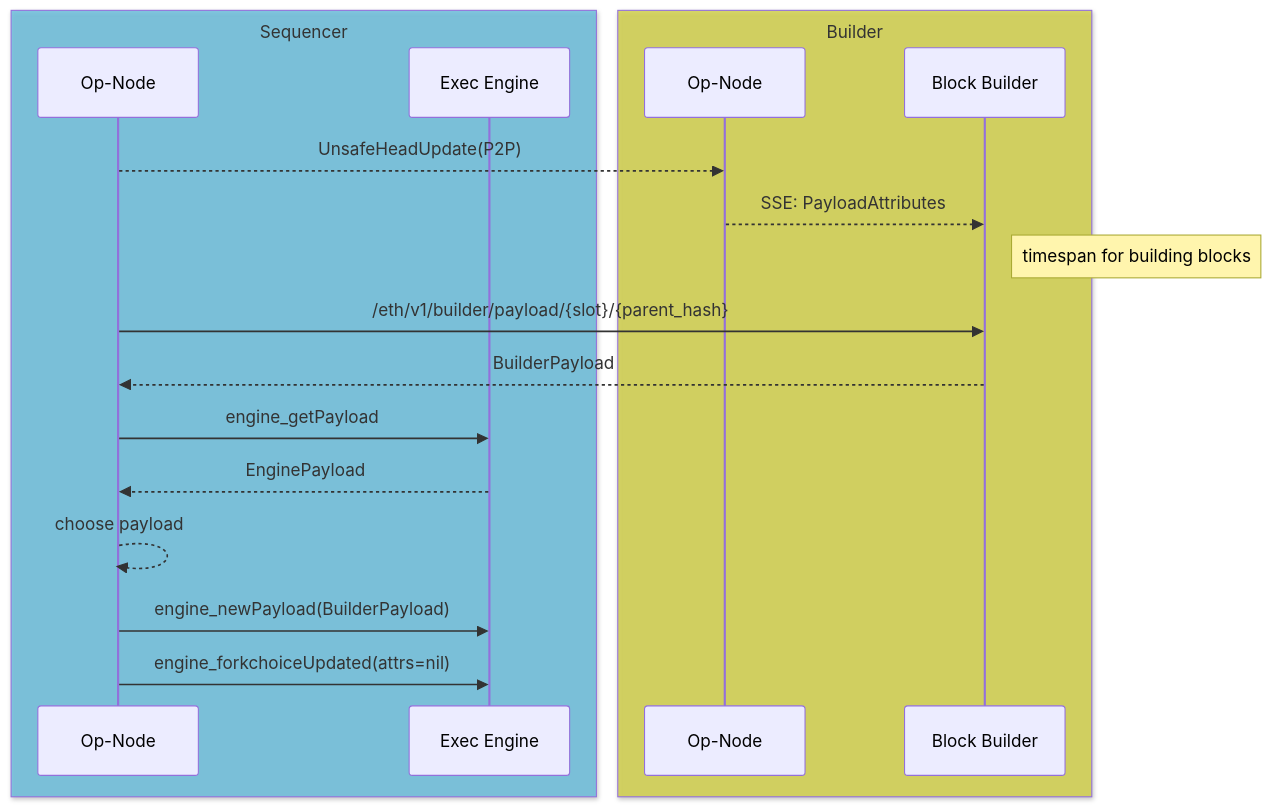
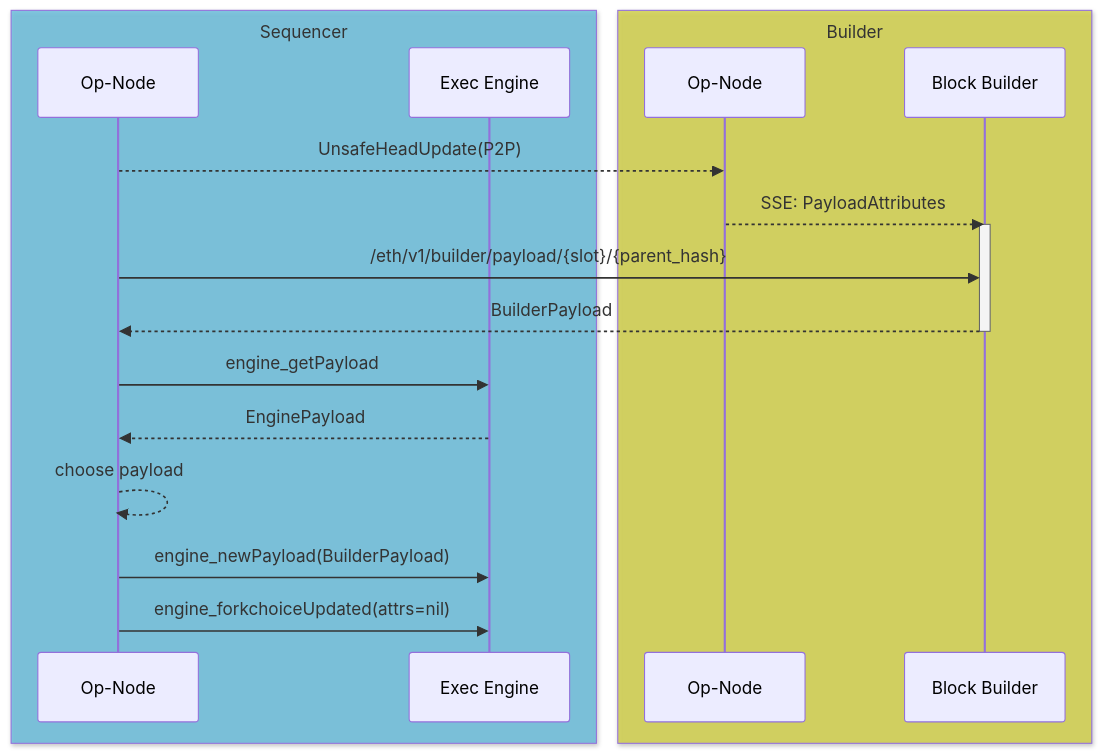
One commit to flashbots/op-geth changed the diagram in builder/README.md. Above: the diagram before and after it, drawn with Mermaid.

Commit message:
use activation for block building span

````diff
--- a/builder/README.md
+++ b/builder/README.md
@@ -38,23 +38,24 @@
 ```mermaid
 sequenceDiagram
     box rgba(103, 189, 220, 0.8) Sequencer
     participant OPS as Op-Node
     participant EES as Exec Engine
     end
     box rgba(210, 209, 71, 0.8) Builder
     participant OPB as Op-Node
     participant BB as Block Builder
     end
 
     OPS-->>OPB: UnsafeHeadUpdate(P2P)
     OPB-->>BB: SSE: PayloadAttributes
 
-    Note right of BB: timespan for building blocks
+    activate BB
     OPS->> BB: /eth/v1/builder/payload/{slot}/{parent_hash}
     BB-->>OPS: BuilderPayload
+    deactivate BB
     OPS->>EES: engine_getPayload
     EES-->>OPS: EnginePayload
     OPS-->>OPS: choose payload
     OPS->>EES: engine_newPayload(BuilderPayload)
     OPS->>EES: engine_forkchoiceUpdated(attrs=nil)
 ```
````
